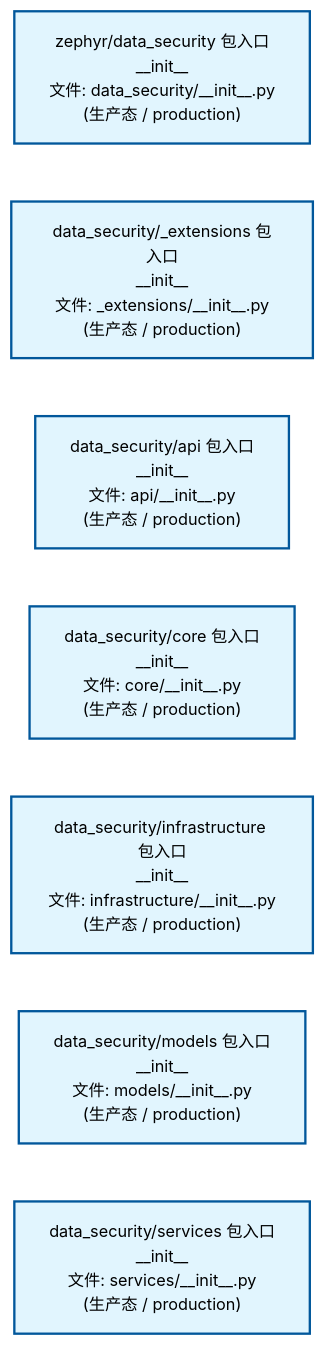
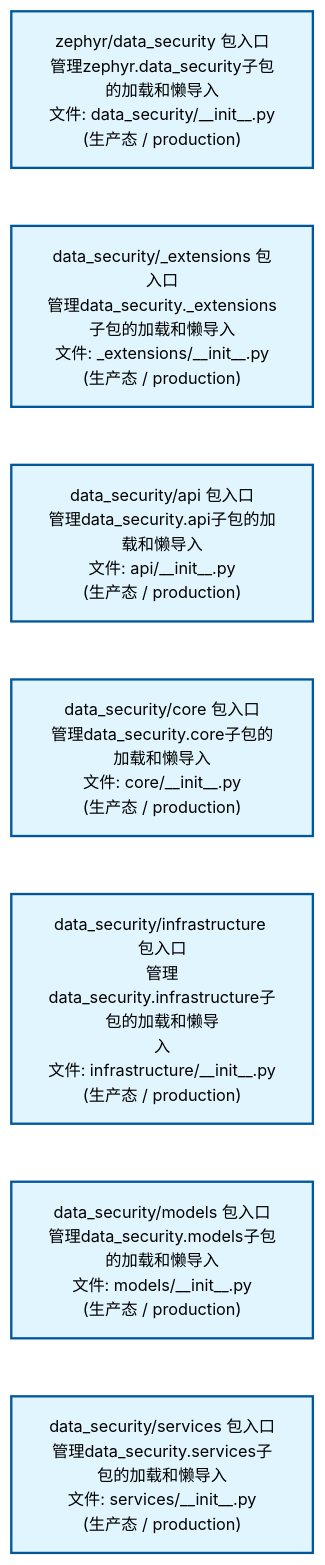
The first of 2 diagrams in docs/02_enterprise_architecture/02_domain_architecture_docs/14_d_data_sec.md (xuanFelixVan/ZephyrAlpha), drawn with Mermaid before and after one commit. The commit also changed other lines of this file and 62 other files, not shown here.

````diff
--- a/docs/02_enterprise_architecture/02_domain_architecture_docs/14_d_data_sec.md
+++ b/docs/02_enterprise_architecture/02_domain_architecture_docs/14_d_data_sec.md
@@ -53,22 +53,22 @@
 ```mermaid
 %%{init: {'theme': 'base', 'themeVariables': {'primaryColor': '#eaeaea', 'primaryTextColor': '#333333', 'primaryBorderColor': '#666666', 'lineColor': '#666666', 'secondaryColor': '#eaeaea', 'tertiaryColor': '#eaeaea', 'fontSize': '14px'}}}%%
 flowchart TD
-    src_zephyr_data_security_init_py["zephyr/data_security 包入口<br/>__init__<br/>文件: data_security/__init__.py<br/>(生产态 / production)"]
-    src_zephyr_data_security_extensions_init_py["data_security/_extensions 包入口<br/>__init__<br/>文件: _extensions/__init__.py<br/>(生产态 / production)"]
-    src_zephyr_data_security_api_init_py["data_security/api 包入口<br/>__init__<br/>文件: api/__init__.py<br/>(生产态 / production)"]
-    src_zephyr_data_security_core_init_py["data_security/core 包入口<br/>__init__<br/>文件: core/__init__.py<br/>(生产态 / production)"]
-    src_zephyr_data_security_infrastructure_init_py["data_security/infrastructure 包入口<br/>__init__<br/>文件: infrastructure/__init__.py<br/>(生产态 / production)"]
-    src_zephyr_data_security_models_init_py["data_security/models 包入口<br/>__init__<br/>文件: models/__init__.py<br/>(生产态 / production)"]
-    src_zephyr_data_security_services_init_py["data_security/services 包入口<br/>__init__<br/>文件: services/__init__.py<br/>(生产态 / production)"]
+    src_zephyr_data_security_init_py["zephyr/data_security 包入口<br/>管理zephyr.data_security子包的加载和懒导入<br/>文件: data_security/__init__.py<br/>(生产态 / production)"]
+    src_zephyr_data_security_extensions_init_py["data_security/_extensions 包入口<br/>管理data_security._extensions子包的加载和懒导入<br/>文件: _extensions/__init__.py<br/>(生产态 / production)"]
+    src_zephyr_data_security_api_init_py["data_security/api 包入口<br/>管理data_security.api子包的加载和懒导入<br/>文件: api/__init__.py<br/>(生产态 / production)"]
+    src_zephyr_data_security_core_init_py["data_security/core 包入口<br/>管理data_security.core子包的加载和懒导入<br/>文件: core/__init__.py<br/>(生产态 / production)"]
+    src_zephyr_data_security_infrastructure_init_py["data_security/infrastructure 包入口<br/>管理data_security.infrastructure子包的加载和懒导<br/>入<br/>文件: infrastructure/__init__.py<br/>(生产态 / production)"]
+    src_zephyr_data_security_models_init_py["data_security/models 包入口<br/>管理data_security.models子包的加载和懒导入<br/>文件: models/__init__.py<br/>(生产态 / production)"]
+    src_zephyr_data_security_services_init_py["data_security/services 包入口<br/>管理data_security.services子包的加载和懒导入<br/>文件: services/__init__.py<br/>(生产态 / production)"]
     src_zephyr_data_security_init_py ~~~ src_zephyr_data_security_extensions_init_py
     src_zephyr_data_security_extensions_init_py ~~~ src_zephyr_data_security_api_init_py
     src_zephyr_data_security_api_init_py ~~~ src_zephyr_data_security_core_init_py
     src_zephyr_data_security_core_init_py ~~~ src_zephyr_data_security_infrastructure_init_py
     src_zephyr_data_security_infrastructure_init_py ~~~ src_zephyr_data_security_models_init_py
     src_zephyr_data_security_models_init_py ~~~ src_zephyr_data_security_services_init_py
     classDef production fill:#e1f5fe,stroke:#01579b,stroke-width:2px,color:#000
     classDef design fill:#fff3e0,stroke:#e65100,stroke-width:2px,color:#000,stroke-dasharray: 5 5
     classDef external_prod fill:#e8f4fd,stroke:#0277bd,stroke-width:1px,color:#000
     classDef external_design fill:#fff8e7,stroke:#ef6c00,stroke-width:1px,color:#000,stroke-dasharray: 5 5
     class src_zephyr_data_security_init_py,src_zephyr_data_security_extensions_init_py,src_zephyr_data_security_api_init_py,src_zephyr_data_security_core_init_py,src_zephyr_data_security_infrastructure_init_py,src_zephyr_data_security_models_init_py,src_zephyr_data_security_services_init_py production
 ```
````
